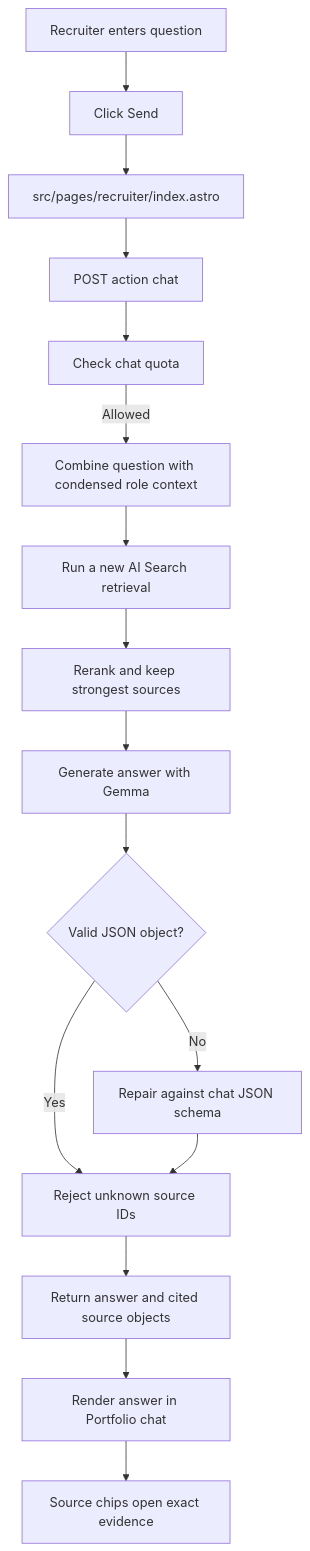
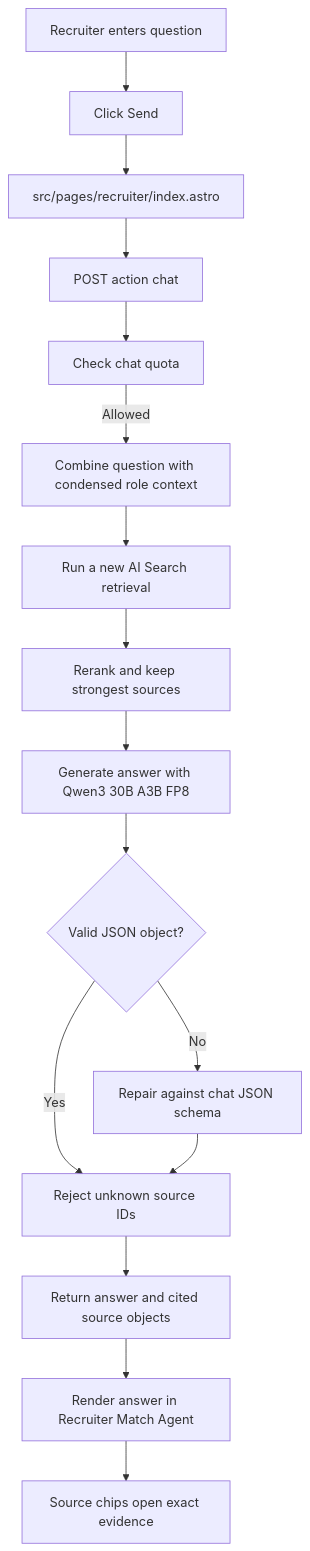
Before and after one commit to burtonmakes/burtonmakes.github.io: the fourth of 4 diagrams in docs/RECRUITER_ASSISTANT_WORKFLOW.md, drawn with Mermaid. The commit also changed other lines of this file and 2 other files, not shown here.

Commit message:
feat(recruiter): simplify evidence cards and workflow docs

````diff
--- a/docs/RECRUITER_ASSISTANT_WORKFLOW.md
+++ b/docs/RECRUITER_ASSISTANT_WORKFLOW.md
@@ -70,18 +115,18 @@
 ```mermaid
 flowchart TD
     A[Recruiter enters question] --> B[Click Send]
     B --> C[src/pages/recruiter/index.astro]
     C --> D[POST action chat]
     D --> E[Check chat quota]
     E -->|Allowed| F[Combine question with condensed role context]
     F --> G[Run a new AI Search retrieval]
     G --> H[Rerank and keep strongest sources]
-    H --> I[Generate answer with Gemma]
+    H --> I[Generate answer with Qwen3 30B A3B FP8]
     I --> J{Valid JSON object?}
     J -->|No| K[Repair against chat JSON schema]
     J -->|Yes| L[Reject unknown source IDs]
     K --> L
     L --> M[Return answer and cited source objects]
-    M --> N[Render answer in Portfolio chat]
+    M --> N[Render answer in Recruiter Match Agent]
     N --> O[Source chips open exact evidence]
 ```
````
